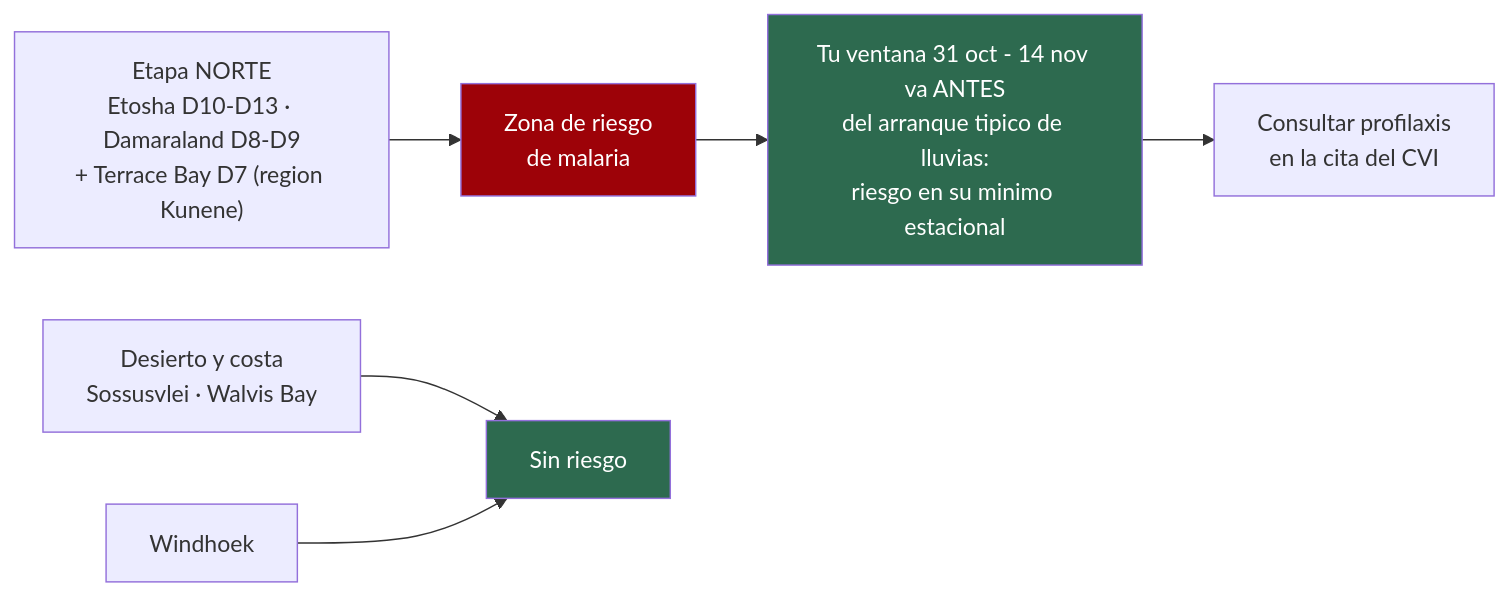
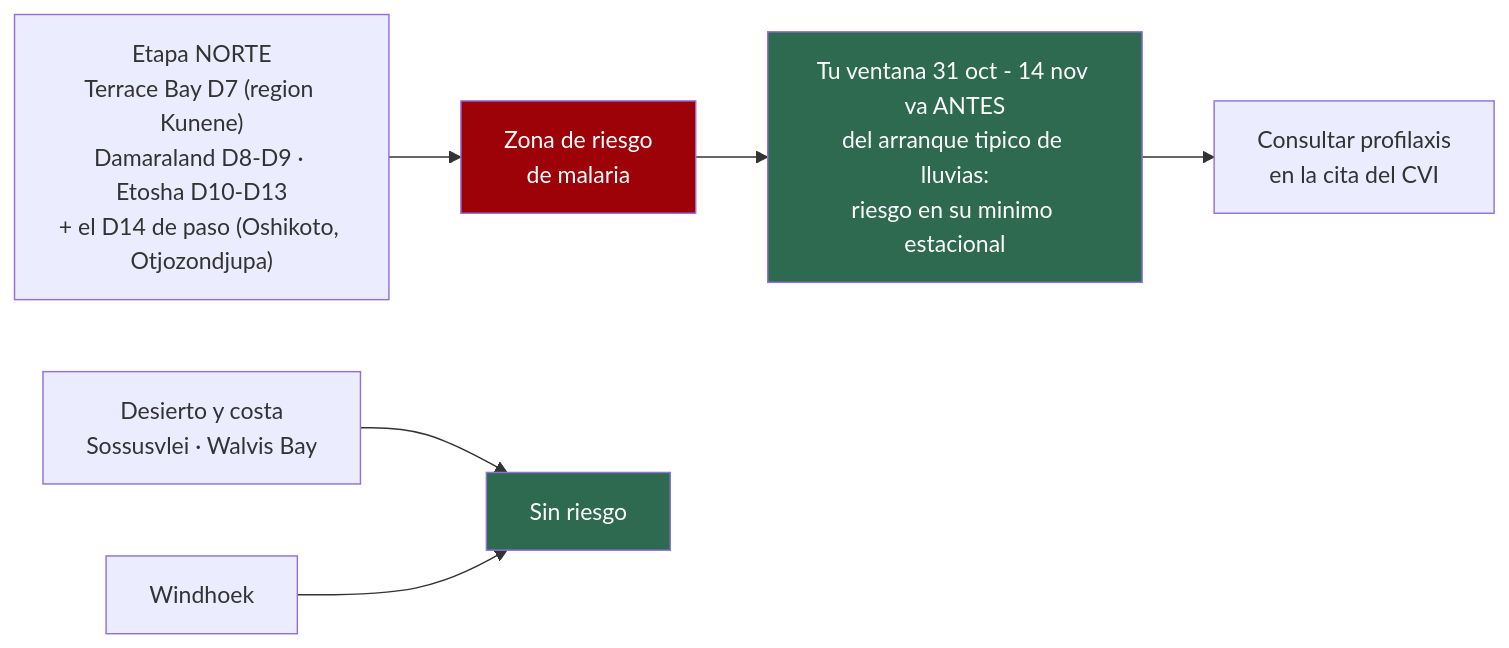
One commit to morandeirachema/namibia changed the first of 5 diagrams in 04-guia-preparacion.md. Above: the diagram before and after it, drawn with Mermaid. The commit also changed other lines of this file and 60 other files, not shown here.

````diff
--- a/04-guia-preparacion.md
+++ b/04-guia-preparacion.md
@@ -27,11 +27,11 @@
 ```mermaid
 flowchart LR
-    N["Etapa NORTE<br/>Etosha D10-D13 · Damaraland D8-D9<br/>+ Terrace Bay D7 (region Kunene)"] --> R["Zona de riesgo<br/>de malaria"]
+    N["Etapa NORTE<br/>Terrace Bay D7 (region Kunene)<br/>Damaraland D8-D9 · Etosha D10-D13<br/>+ el D14 de paso (Oshikoto, Otjozondjupa)"] --> R["Zona de riesgo<br/>de malaria"]
     S["Desierto y costa<br/>Sossusvlei · Walvis Bay"] --> NR["Sin riesgo"]
     W["Windhoek"] --> NR
     R --> T["Tu ventana 31 oct - 14 nov va ANTES<br/>del arranque tipico de lluvias:<br/>riesgo en su minimo estacional"]
     T --> P["Consultar profilaxis<br/>en la cita del CVI"]
     style R fill:#9d0208,color:#fff
     style NR fill:#2d6a4f,color:#fff
     style T fill:#2d6a4f,color:#fff
 ```
````
